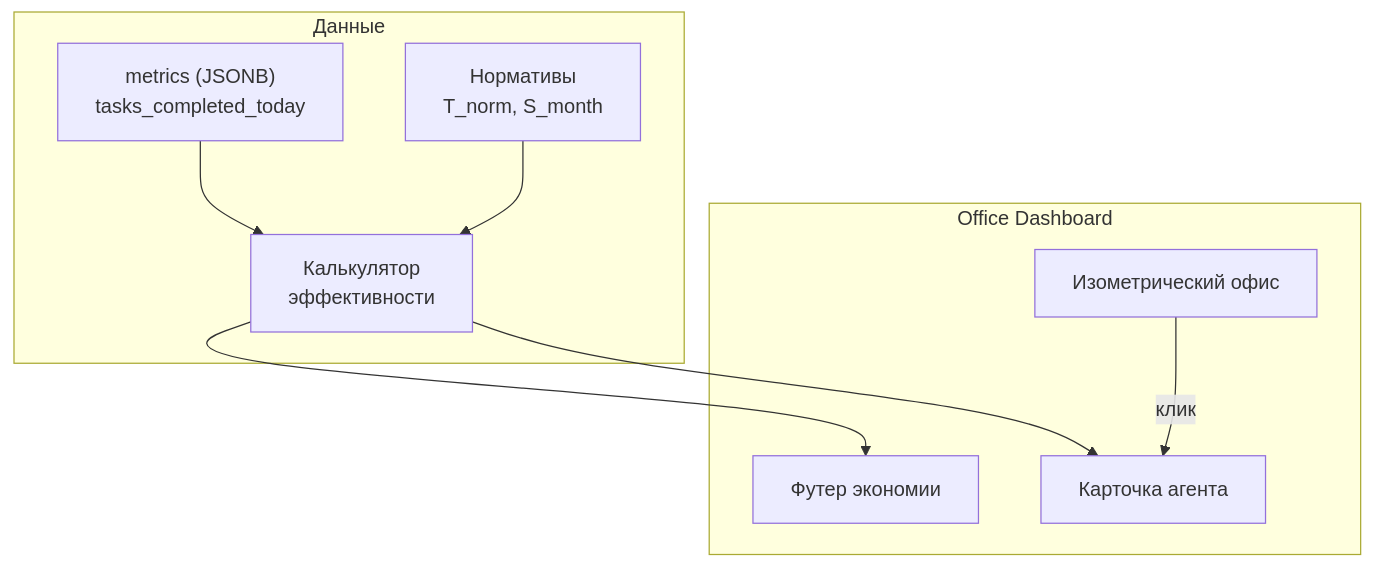
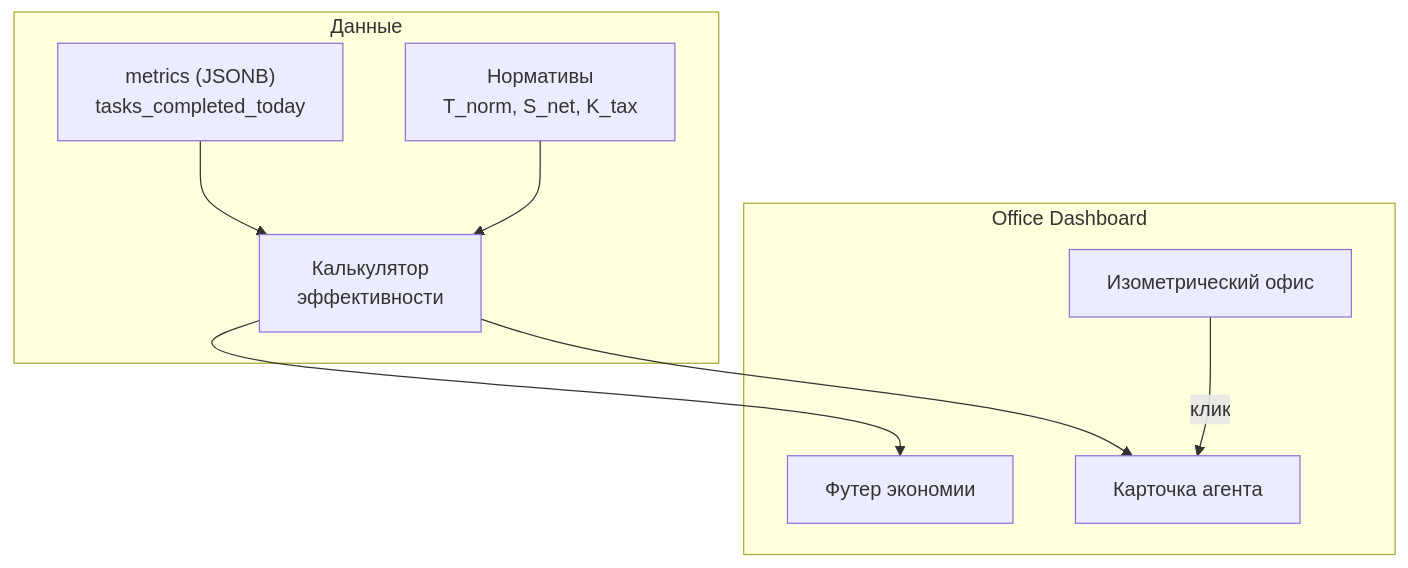
One commit to Sign25/Docs changed the fourth of 4 diagrams in office/adolf_office_9_efficiency.md. Above: the diagram before and after it, drawn with Mermaid. The commit also changed other lines of this file, not shown here.

Commit message:
Update Office section 9: v1.1 — add tax +40.3%, T_norm +30%

````diff
--- a/office/adolf_office_9_efficiency.md
+++ b/office/adolf_office_9_efficiency.md
@@ -299,20 +342,20 @@
 ```mermaid
 graph TB
     subgraph DASHBOARD["Office Dashboard"]
         OFFICE_VIEW["Изометрический офис"]
         FOOTER["Футер экономии"]
         CARD["Карточка агента"]
     end
 
     subgraph DATA["Данные"]
         METRICS["metrics (JSONB)<br/>tasks_completed_today"]
-        NORMS["Нормативы<br/>T_norm, S_month"]
+        NORMS["Нормативы<br/>T_norm, S_net, K_tax"]
         CALC_ENGINE["Калькулятор<br/>эффективности"]
     end
 
     METRICS --> CALC_ENGINE
     NORMS --> CALC_ENGINE
     CALC_ENGINE --> FOOTER
     CALC_ENGINE --> CARD
     OFFICE_VIEW -->|клик| CARD
 ```
````
